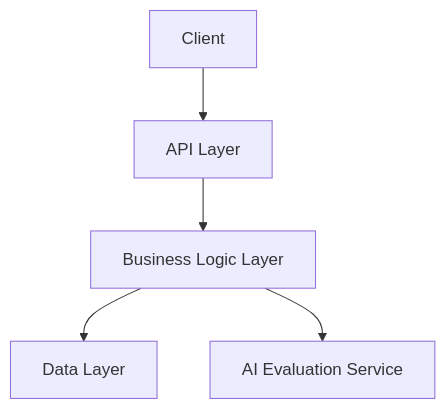
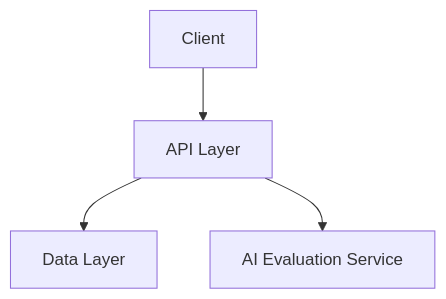
Before and after one commit to zidane0000/AI_Interview_Backend: the diagram in architecture/README.md, drawn with Mermaid. The commit also changed other lines of this file and 7 other files, not shown here.

First line of the commit message:
20250608 refactor(architecture): remove unused business layer and simplify structure

````diff
--- a/architecture/README.md
+++ b/architecture/README.md
@@ -13,7 +13,6 @@
 ```mermaid
 graph TD
     A[Client] --> B[API Layer]
-    B --> C[Business Logic Layer]
-    C --> D[Data Layer]
-    C --> E[AI Evaluation Service]
+    B --> C[Data Layer]
+    B --> D[AI Evaluation Service]
 ```
````
